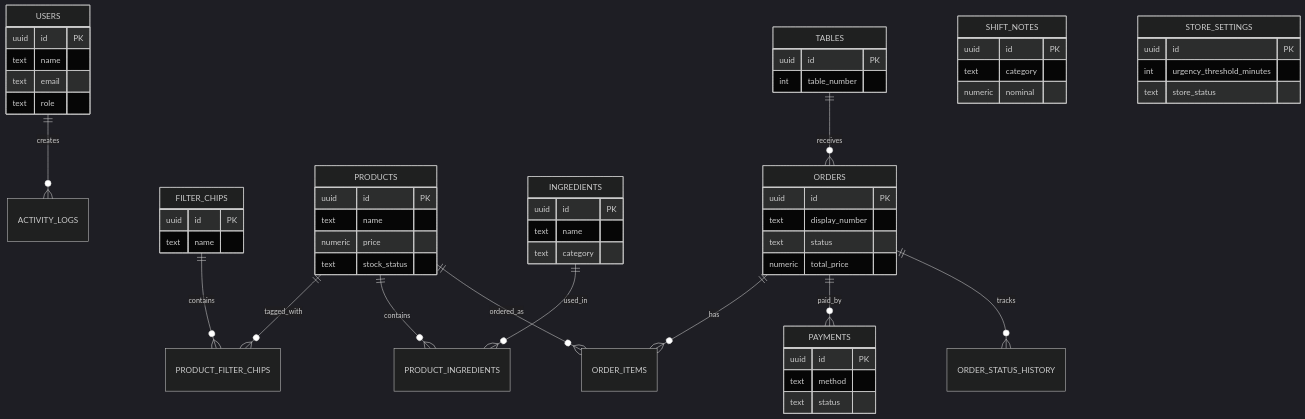
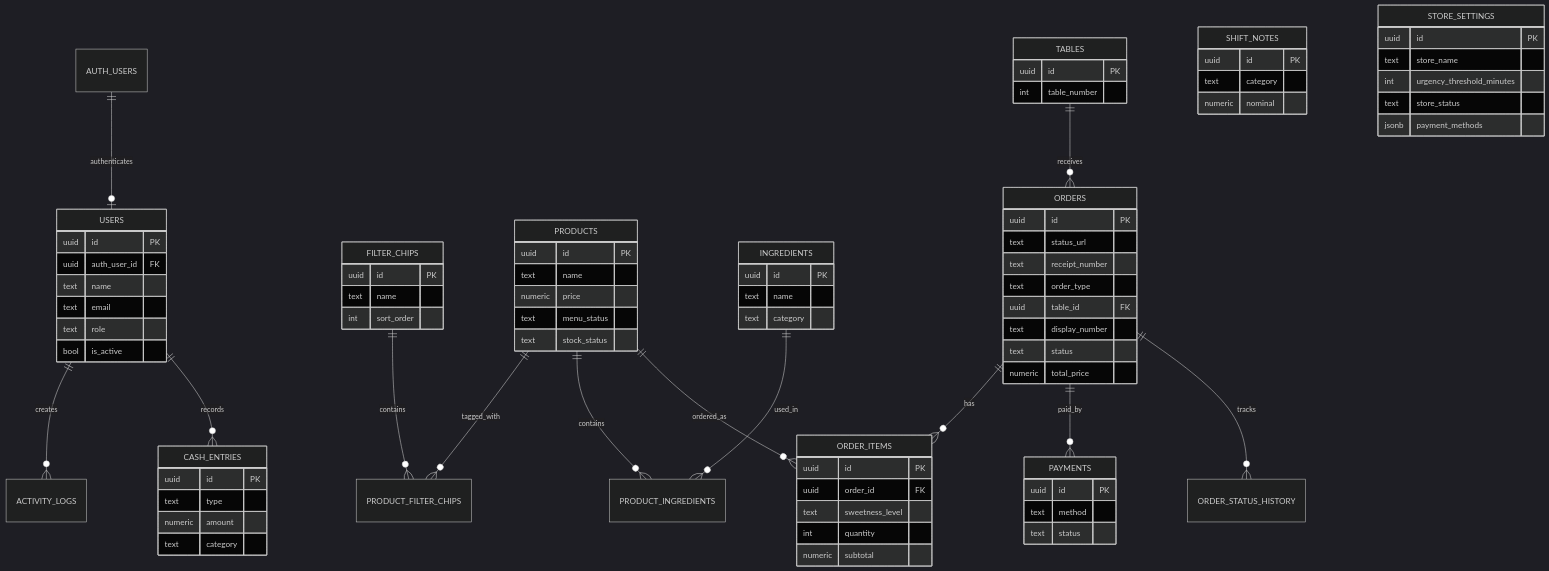
The diagram in docs/ERD.md (elbarbasy/Majamu-web), drawn with Mermaid (dark theme) before and after one commit. The commit also changed other lines of this file and 110 other files, not shown here.

First line of the commit message:
feat: align docs, update schema, scaffold Next.js 15 + Supabase clients

````diff
--- a/docs/ERD.md
+++ b/docs/ERD.md
@@ -28,7 +34,9 @@
 ```mermaid
 erDiagram
 
+    AUTH_USERS ||--o| USERS : authenticates
     USERS ||--o{ ACTIVITY_LOGS : creates
+    USERS ||--o{ CASH_ENTRIES : records
 
     FILTER_CHIPS ||--o{ PRODUCT_FILTER_CHIPS : contains
     PRODUCTS ||--o{ PRODUCT_FILTER_CHIPS : tagged_with
@@ -47,21 +55,25 @@
 
     USERS {
         uuid id PK
+        uuid auth_user_id FK
         text name
         text email
         text role
+        bool is_active
     }
 
     PRODUCTS {
         uuid id PK
         text name
         numeric price
+        text menu_status
         text stock_status
     }
 
     FILTER_CHIPS {
         uuid id PK
         text name
+        int sort_order
     }
 
     INGREDIENTS {
@@ -77,9 +89,21 @@
 
     ORDERS {
         uuid id PK
+        text status_url
+        text receipt_number
+        text order_type
+        uuid table_id FK
         text display_number
         text status
         numeric total_price
+    }
+
+    ORDER_ITEMS {
+        uuid id PK
+        uuid order_id FK
+        text sweetness_level
+        int quantity
+        numeric subtotal
     }
 
     PAYMENTS {
@@ -94,9 +118,18 @@
         numeric nominal
     }
 
+    CASH_ENTRIES {
+        uuid id PK
+        text type
+        numeric amount
+        text category
+    }
+
     STORE_SETTINGS {
         uuid id PK
+        text store_name
         int urgency_threshold_minutes
         text store_status
+        jsonb payment_methods
     }
 ```
````
